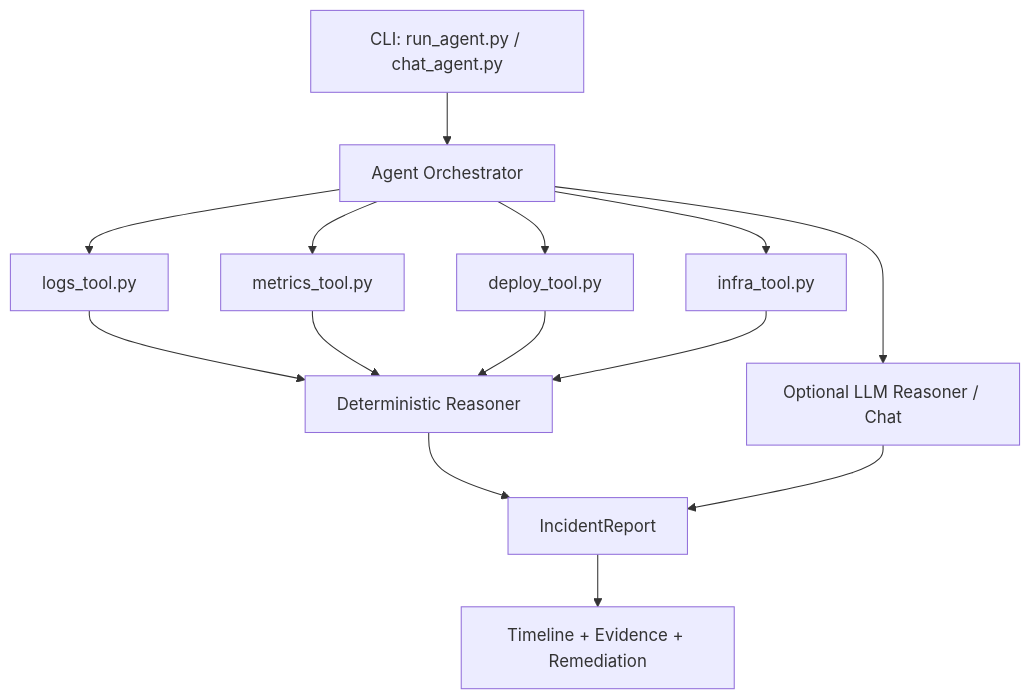
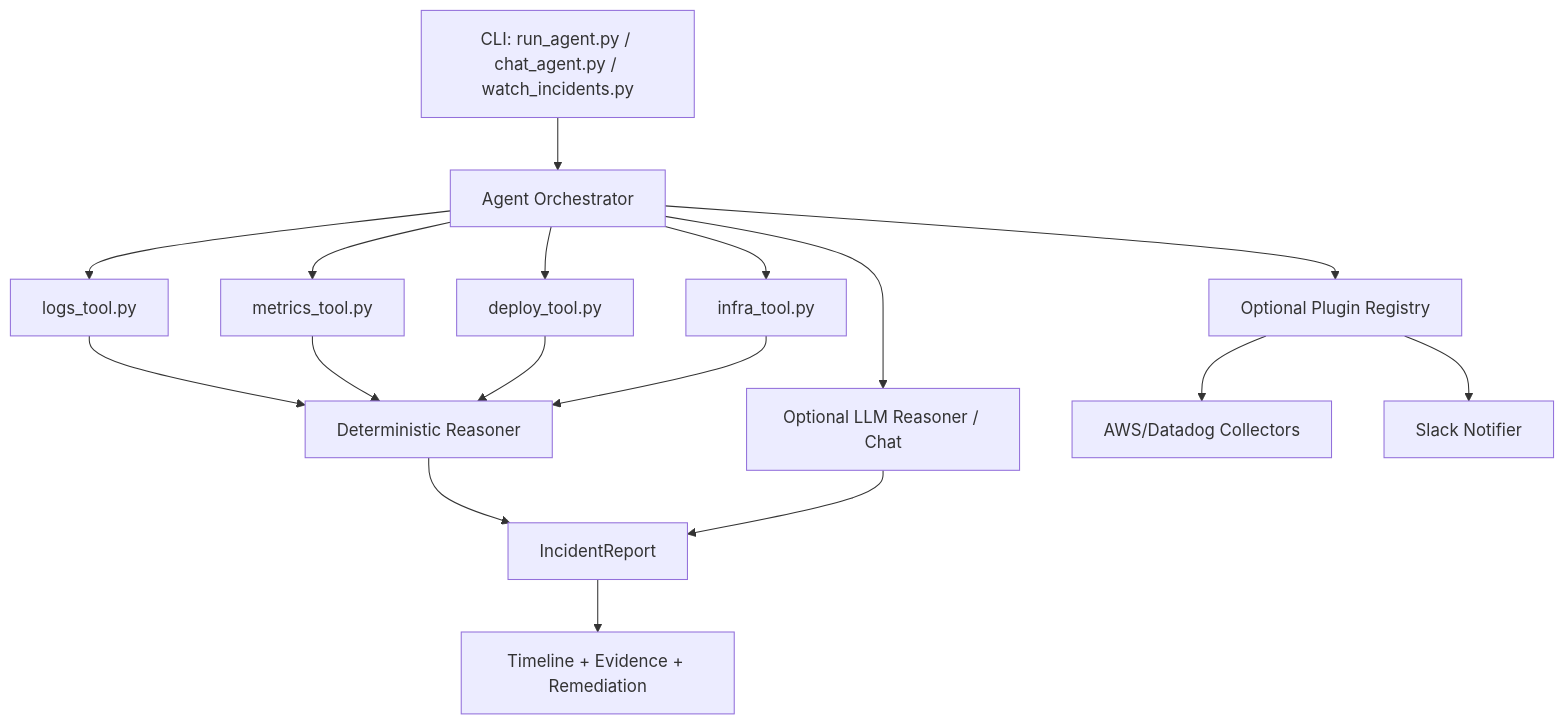
One commit to sallyoswal/infra-sherlock changed the diagram in README.md. Above: the diagram before and after it, drawn with Mermaid. The commit also changed other lines of this file and 9 other files, not shown here.

````diff
--- a/README.md
+++ b/README.md
@@ -137,16 +146,19 @@
 ```mermaid
 flowchart TD
-    A[CLI: run_agent.py / chat_agent.py] --> B[Agent Orchestrator]
+    A[CLI: run_agent.py / chat_agent.py / watch_incidents.py] --> B[Agent Orchestrator]
     B --> C[logs_tool.py]
     B --> D[metrics_tool.py]
     B --> E[deploy_tool.py]
     B --> F[infra_tool.py]
     C --> G[Deterministic Reasoner]
     D --> G
     E --> G
     F --> G
     G --> H[IncidentReport]
     H --> I[Timeline + Evidence + Remediation]
     B --> J[Optional LLM Reasoner / Chat]
     J --> H
+    B --> K[Optional Plugin Registry]
+    K --> L[AWS/Datadog Collectors]
+    K --> M[Slack Notifier]
 ```
````
